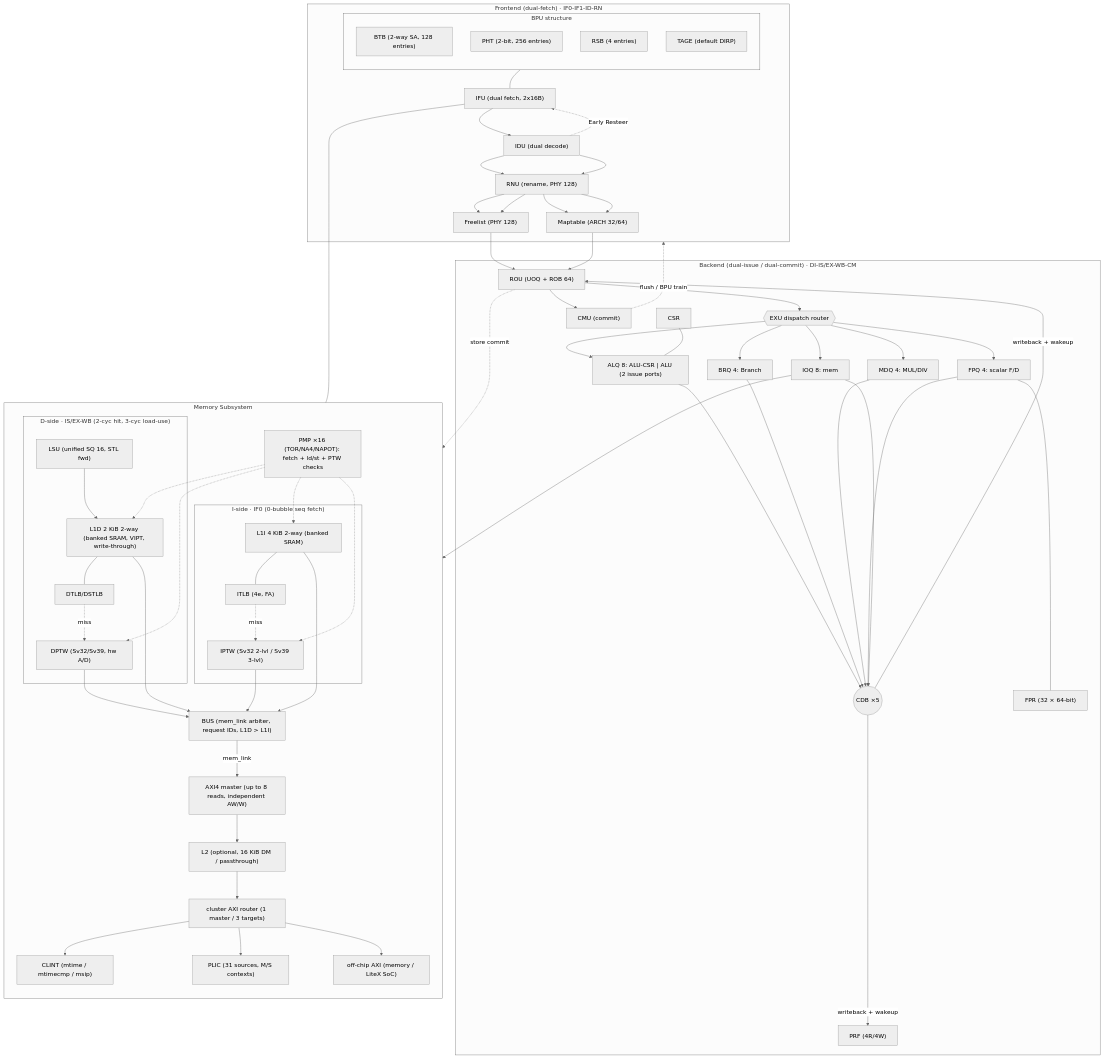
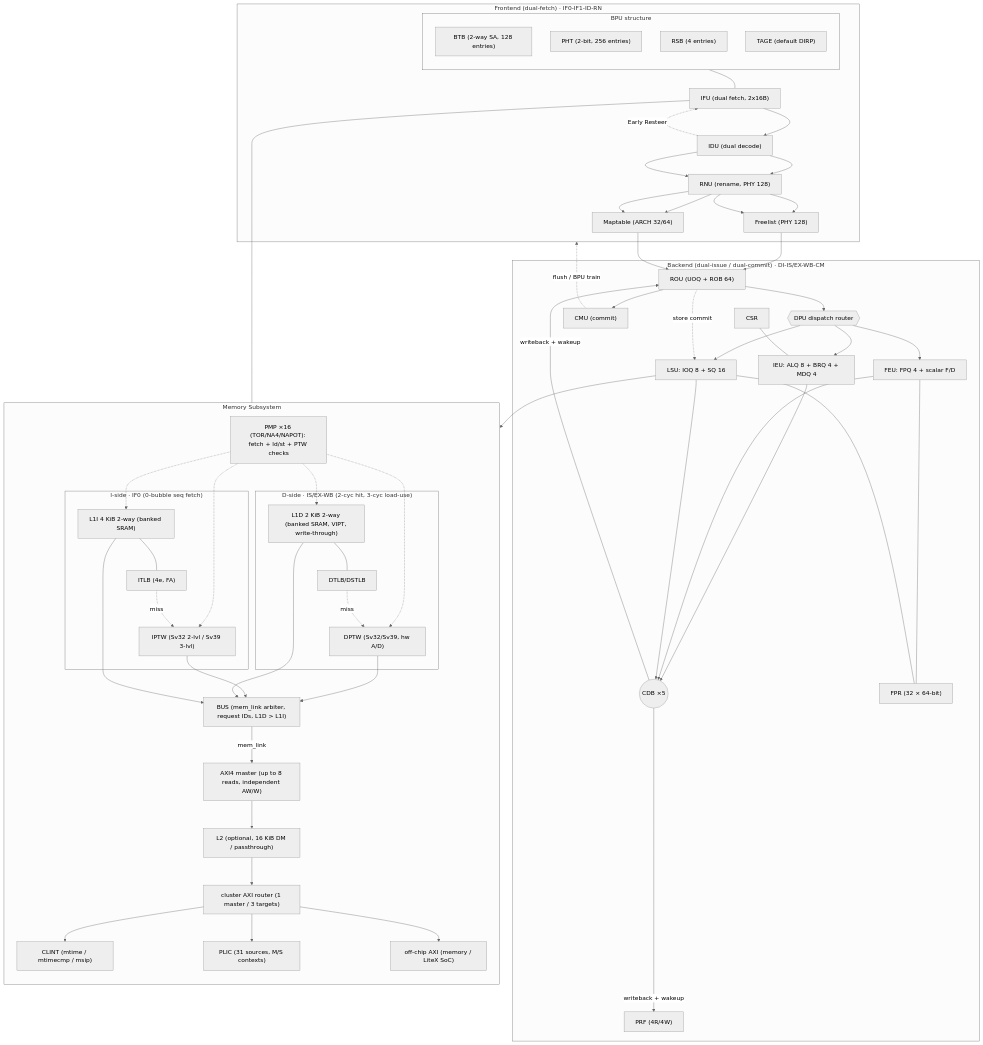
Before and after one commit to Kingfish404/raptor-chip: the diagram in README.md, drawn with Mermaid (neutral theme). The commit also changed 114 other files, not shown here.

Commit message:
feat: exu 2 {dpu + feu + ieu + lsu}

````diff
--- a/README.md
+++ b/README.md
@@ -43,76 +43,74 @@
 ```mermaid
 flowchart TD
   subgraph BPU["BPU structure"]
     direction TD
     BTB["BTB (2-way SA, 128 entries)"]
     PHT["PHT (2-bit, 256 entries)"]
     RSB["RSB (4 entries)"]
     TAGE["TAGE (default DIRP)"]
   end
   subgraph FE["Frontend (dual-fetch) · IF0-IF1-ID-RN"]
     BPU["BPU (TAGE/BTB/RSB)"]
     IFU["IFU (dual fetch, 2x16B)"]
     IDU["IDU (dual decode)"]
     RNU["RNU (rename, PHY 128)"]
     FL["Freelist (PHY 128)"]
     MAP["Maptable (ARCH 32/64)"]
   end
   subgraph BE["Backend (dual-issue / dual-commit) · DI-IS/EX-WB-CM"]
     ROU["ROU (UOQ + ROB 64)"]
-    RT{{"EXU dispatch router"}}
-    PAB["ALQ 8: ALU-CSR | ALU (2 issue ports)"]
-    PBR["BRQ 4: Branch"]
-    PM["MDQ 4: MUL/DIV"]
-    PF["FPQ 4: scalar F/D"]
-    PQ["IOQ 8: mem"]
+    DPU{{"DPU dispatch router"}}
+    IEU["IEU: ALQ 8 + BRQ 4 + MDQ 4"]
+    FEU["FEU: FPQ 4 + scalar F/D"]
+    LSU["LSU: IOQ 8 + SQ 16"]
     CDB(("CDB ×5"))
     PRF["PRF (4R/4W)"]
     FPR["FPR (32 × 64-bit)"]
     CMU["CMU (commit)"]
     CSR
   end
   subgraph MEM["Memory Subsystem"]
     direction TD
     subgraph IMEM["I-side · IF0 (0-bubble seq fetch)"]
       L1I["L1I 4 KiB 2-way (banked SRAM)"]
       ITLB["ITLB (4e, FA)"]
       IPTW["IPTW (Sv32 2-lvl / Sv39 3-lvl)"]
     end
     subgraph DMEM["D-side · IS/EX-WB (2-cyc hit, 3-cyc load-use)"]
-      LSU["LSU (unified SQ 16, STL fwd)"]
       L1D["L1D 2 KiB 2-way (banked SRAM, VIPT, write-through)"]
       DTLB["DTLB/DSTLB"]
       DPTW["DPTW (Sv32/Sv39, hw A/D)"]
     end
     PMPC["PMP ×16 (TOR/NA4/NAPOT): fetch + ld/st + PTW checks"]
     BUS["BUS (mem_link arbiter, request IDs, L1D > L1I)"]
     AXIM["AXI4 master (up to 8 reads, independent AW/W)"]
     L2["L2 (optional, 16 KiB DM / passthrough)"]
     RTR["cluster AXI router (1 master / 3 targets)"]
     CLINT["CLINT (mtime / mtimecmp / msip)"]
     PLIC["PLIC (31 sources, M/S contexts)"]
     EXT["off-chip AXI (memory / LiteX SoC)"]
   end
   BPU --- IFU
   IFU --> IDU --> RNU --> FL & MAP
   IDU -."Early Resteer".-> IFU
-  IDU --> RNU --> FL & MAP --> ROU --> RT
-  RT --> PAB & PBR & PM & PF & PQ
-  PAB & PBR & PM & PF & PQ --> CDB
+  IDU --> RNU --> FL & MAP --> ROU --> DPU
+  DPU --> IEU & FEU & LSU
+  IEU & FEU & LSU --> CDB
   CDB -->|"writeback + wakeup"| ROU & PRF
-  PF --- FPR
+  FEU --- FPR
+  LSU --- FPR
   ROU --> CMU
   ROU -."store commit".-> LSU
   CMU -."flush / BPU train".-> FE
-  CSR --- PAB
+  CSR --- IEU
   IFU --- L1I
   L1I --- ITLB
   ITLB -."miss".-> IPTW
-  PQ --> LSU --> L1D
+  LSU --> L1D
   L1D --- DTLB
   DTLB -."miss".-> DPTW
   PMPC -.-> L1I & L1D & IPTW & DPTW
   L1I & L1D & IPTW & DPTW --> BUS
   BUS -->|mem_link| AXIM --> L2 --> RTR
   RTR --> CLINT & PLIC & EXT
 ```
````
